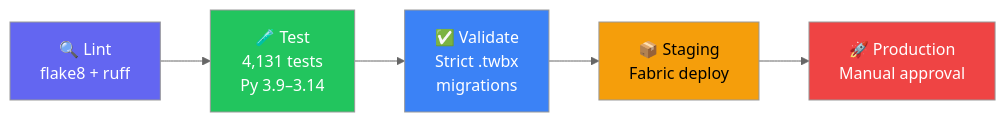
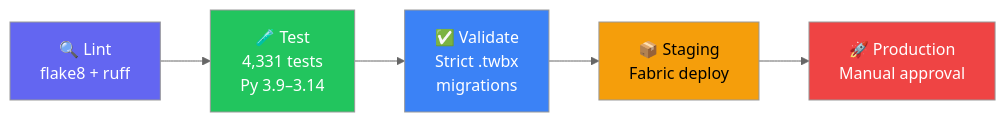
Before and after one commit to cyphou/Tableau-To-PowerBI: the third of 3 diagrams in README.md, drawn with Mermaid (neutral theme). The commit also changed other lines of this file and 376 other files, not shown here.

````diff
--- a/README.md
+++ b/README.md
@@ -603,13 +608,13 @@
 ```mermaid
 flowchart LR
-    L["🔍 Lint\nflake8 + ruff"] --> T["🧪 Test\n4,131 tests\nPy 3.9–3.14"]
+    L["🔍 Lint\nflake8 + ruff"] --> T["🧪 Test\n4,331 tests\nPy 3.9–3.14"]
     T --> V["✅ Validate\nStrict .twbx\nmigrations"]
     V --> S["📦 Staging\nFabric deploy"]
     S --> P["🚀 Production\nManual approval"]
     
     style L fill:#6366f1,color:#fff
     style T fill:#22c55e,color:#fff
     style V fill:#3b82f6,color:#fff
     style S fill:#f59e0b,color:#000
     style P fill:#ef4444,color:#fff
 ```
````
